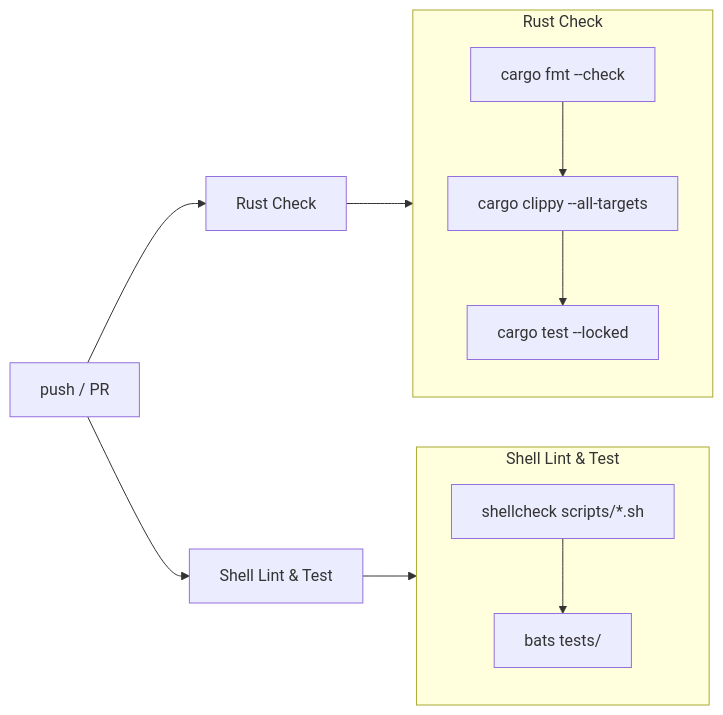
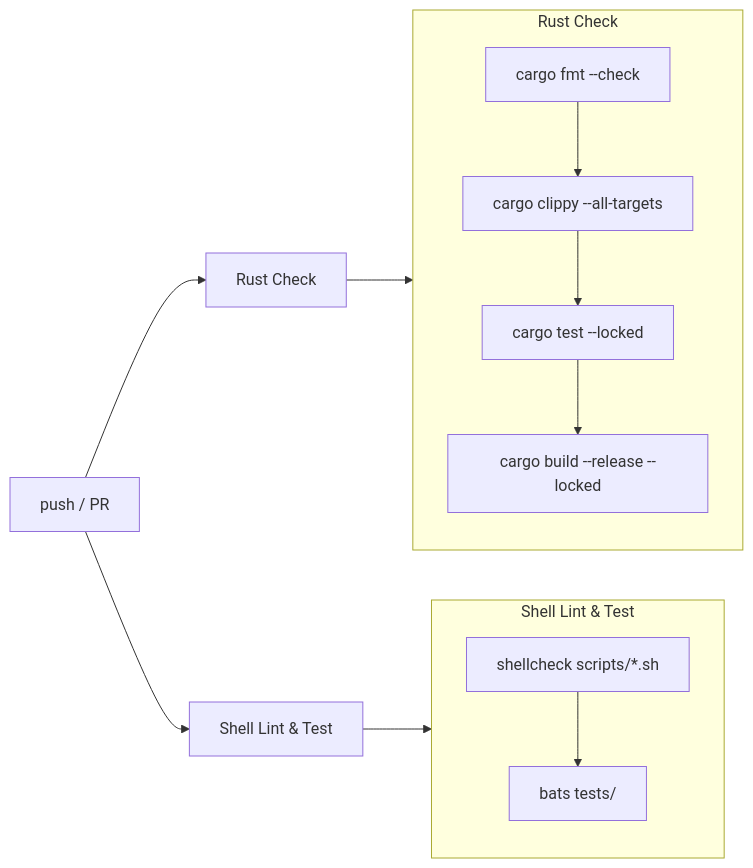
The second of 3 diagrams in docs/ci-cd/README.md (rurusasu/article-collector), drawn with Mermaid before and after one commit. The commit also changed other lines of this file and 6 other files, not shown here.

````diff
--- a/docs/ci-cd/README.md
+++ b/docs/ci-cd/README.md
@@ -11,19 +28,20 @@
 ```mermaid
 graph LR
   trigger["push / PR"] --> rust["Rust Check"]
   trigger --> shell["Shell Lint & Test"]
 
   subgraph rust_steps["Rust Check"]
     direction TB
     fmt["cargo fmt --check"] --> clippy["cargo clippy --all-targets"]
     clippy --> test["cargo test --locked"]
+    test --> build["cargo build --release --locked"]
   end
 
   subgraph shell_steps["Shell Lint & Test"]
     direction TB
     shellcheck["shellcheck scripts/*.sh"] --> bats["bats tests/"]
   end
 
   rust --> rust_steps
   shell --> shell_steps
 ```
````
